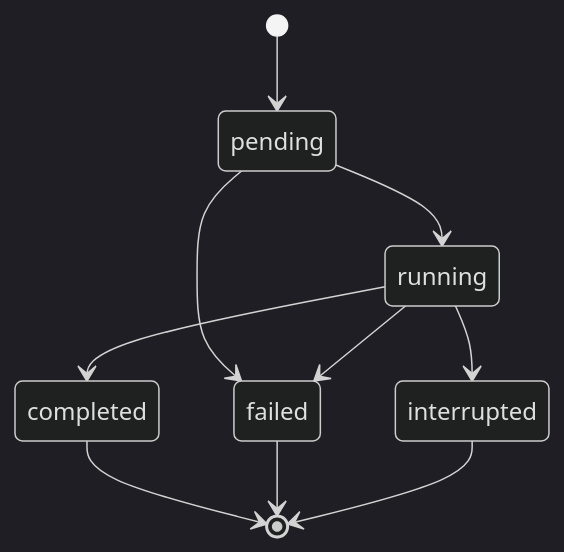
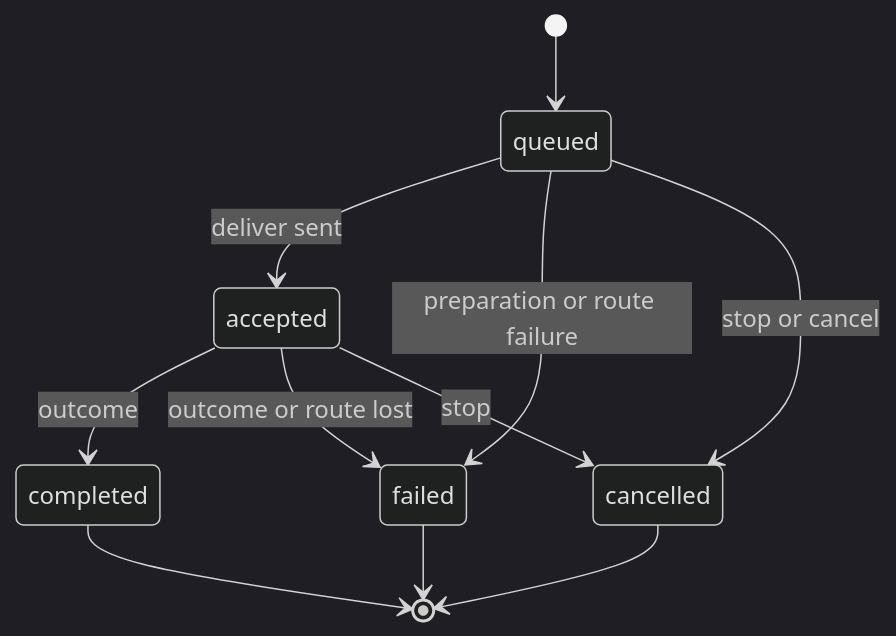
The sixth of 6 diagrams in services/cloud-agent-next/docs/diagrams.md (Kilo-Org/cloud), drawn with Mermaid (dark theme) before and after one commit. The commit also changed other lines of this file and 43 other files, not shown here.

````diff
--- a/services/cloud-agent-next/docs/diagrams.md
+++ b/services/cloud-agent-next/docs/diagrams.md
@@ -173,12 +146,13 @@
 ```mermaid
 stateDiagram-v2
-  [*] --> pending
-  pending --> running
-  pending --> failed
-  running --> completed
-  running --> failed
-  running --> interrupted
+  [*] --> queued
+  queued --> accepted: deliver sent
+  queued --> failed: preparation or route failure
+  queued --> cancelled: stop or cancel
+  accepted --> completed: outcome
+  accepted --> failed: outcome or route lost
+  accepted --> cancelled: stop
   completed --> [*]
   failed --> [*]
-  interrupted --> [*]
+  cancelled --> [*]
 ```
````
